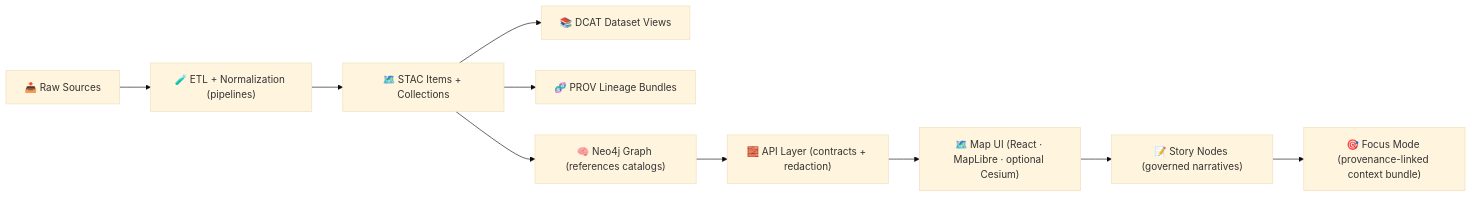
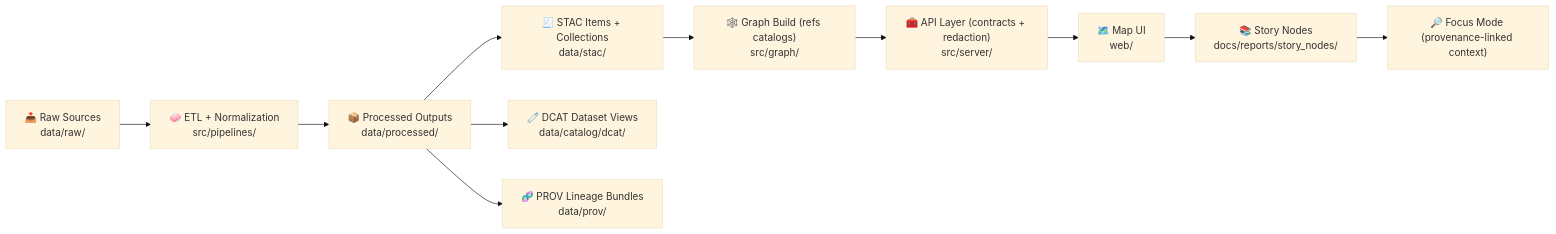
Before and after one commit to bartytime4life/Kansas-Frontier-Matrix: the diagram in src/pipelines/README.md, drawn with Mermaid (base theme). The commit also changed other lines of this file, not shown here.

````diff
--- a/src/pipelines/README.md
+++ b/src/pipelines/README.md
@@ -57,12 +35,13 @@
 ```mermaid
 flowchart LR
-  A["📥 Raw Sources"] --> B["🧪 ETL + Normalization (pipelines)"]
-  B --> C["🗺️ STAC Items + Collections"]
-  C --> D["📚 DCAT Dataset Views"]
-  C --> E["🧬 PROV Lineage Bundles"]
-  C --> G["🧠 Neo4j Graph (references catalogs)"]
-  G --> H["🧱 API Layer (contracts + redaction)"]
-  H --> I["🗺️ Map UI (React · MapLibre · optional Cesium)"]
-  I --> J["📝 Story Nodes (governed narratives)"]
-  J --> K["🎯 Focus Mode (provenance-linked context bundle)"]
+  A["📥 Raw Sources<br/>data/raw/"] --> B["🧼 ETL + Normalization<br/>src/pipelines/"]
+  B --> C["📦 Processed Outputs<br/>data/processed/"]
+  C --> D["🧾 STAC Items + Collections<br/>data/stac/"]
+  C --> E["🧷 DCAT Dataset Views<br/>data/catalog/dcat/"]
+  C --> F["🧬 PROV Lineage Bundles<br/>data/prov/"]
+  D --> G["🕸️ Graph Build (refs catalogs)<br/>src/graph/"]
+  G --> H["🧰 API Layer (contracts + redaction)<br/>src/server/"]
+  H --> I["🗺️ Map UI<br/>web/"]
+  I --> J["📚 Story Nodes<br/>docs/reports/story_nodes/"]
+  J --> K["🔎 Focus Mode (provenance-linked context)"]
 ```
````
